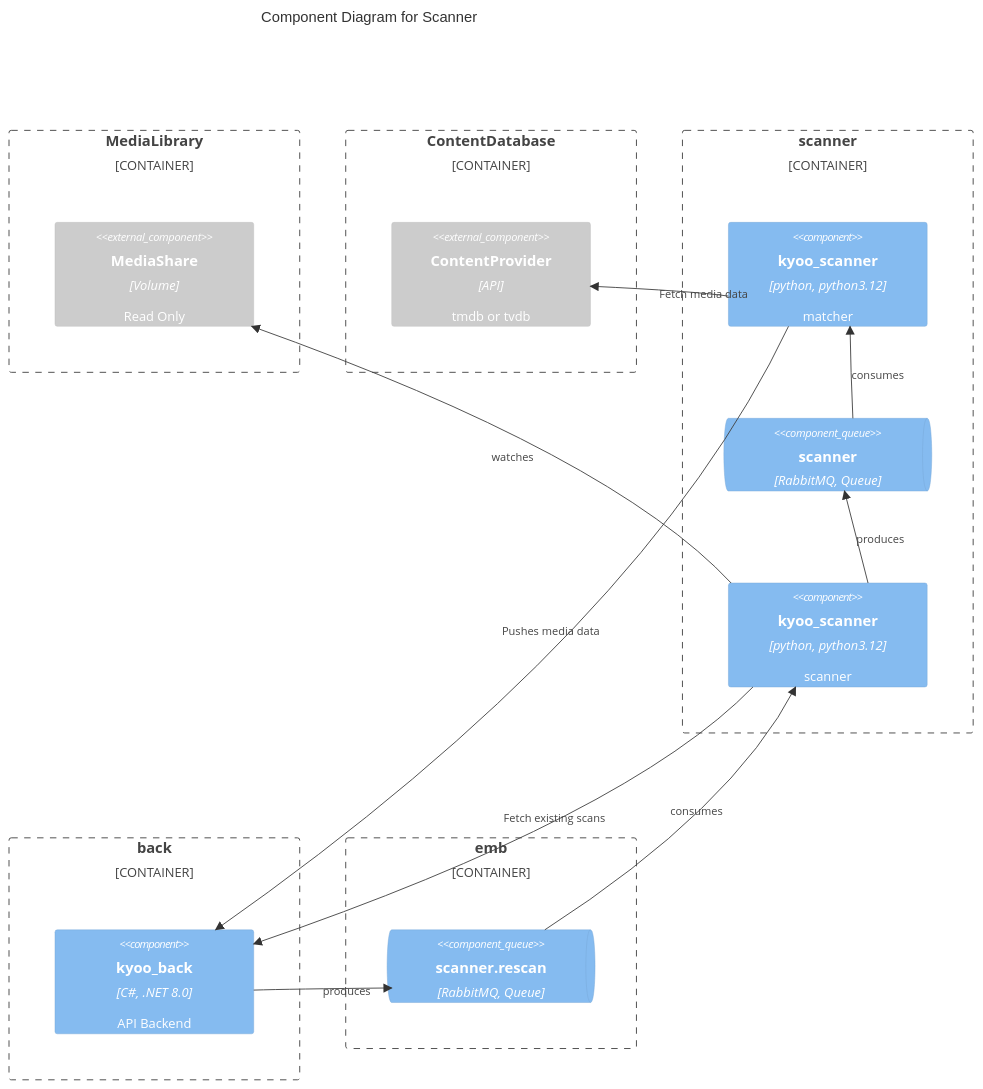
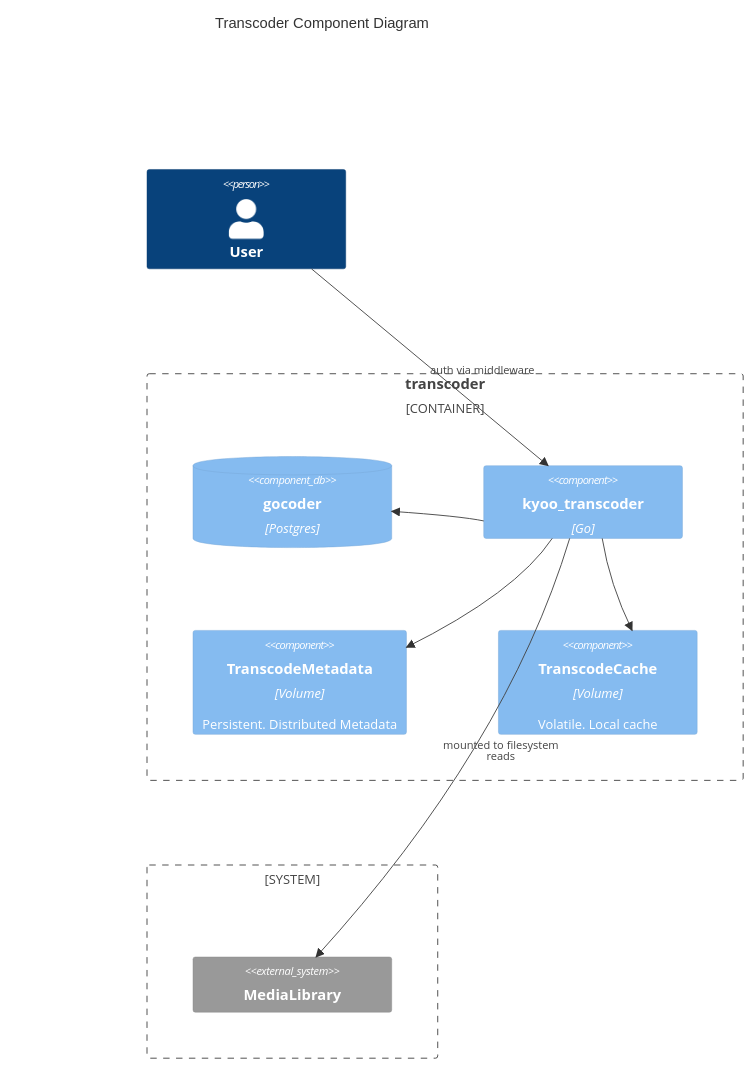
The seventh of 8 diagrams in DIAGRAMS.md (zoriya/Kyoo), drawn with Mermaid before and after one commit. The commit also changed other lines of this file, not shown here.

Commit message:
update diagrams for v5

````diff
--- a/DIAGRAMS.md
+++ b/DIAGRAMS.md
@@ -235,37 +192,25 @@
 ```mermaid
 C4Component
-  UpdateLayoutConfig($c4ShapeInRow="5", $c4BoundaryInRow="3")
+  UpdateLayoutConfig($c4ShapeInRow="2", $c4BoundaryInRow="1")
   
-  title Component Diagram for Scanner
+  title Transcoder Component Diagram
 
-  Container_Boundary(media, "MediaLibrary") {
-    Component_Ext(media_c1, "MediaShare", "Volume", "Read Only")
+  Person(user, "User")
+
+  Container_Boundary(transcoder, "transcoder") {
+    ComponentDb(transcoder_db1, "gocoder", "Postgres", "")
+    Component(transcoder_c1, "kyoo_transcoder", "Go", "")
+    Component(transcoder_c2, "TranscodeMetadata", "Volume", "Persistent. Distributed Metadata")
+    Component(transcoder_c3, "TranscodeCache", "Volume", "Volatile. Local cache")
   }
 
-  Container_Boundary(content, "ContentDatabase") {
-    Component_Ext(content_c1, "ContentProvider", "API", "tmdb or tvdb")
+  System_Boundary(external, "") {
+    System_Ext(media, "MediaLibrary", "")
   }
 
-  Container_Boundary(scanner, "scanner") {
-    Component(scanner_c2, "kyoo_scanner", "python, python3.12", "matcher")
-    ComponentQueue(scanner_q1, "scanner", "RabbitMQ, Queue", "")
-    Component(scanner_c1, "kyoo_scanner", "python, python3.12", "scanner")
-  }
-
-  Container_Boundary(backend, "back") {
-    Component(backend_c2, "kyoo_back", "C#, .NET 8.0", "API Backend")
-  }
-
-  Container_Boundary(emb, "emb") {
-    ComponentQueue(emb_q2, "scanner.rescan", "RabbitMQ, Queue", "")
-  }
-
-  Rel(scanner_c1, scanner_q1, "produces")
-  Rel(scanner_c1, media_c1, "watches")
-  Rel(scanner_c1, backend_c2, "Fetch existing scans")
-  Rel(scanner_c2, content_c1, "Fetch media data")
-  Rel(scanner_c2, backend_c2, "Pushes media data")
-  Rel_Back(scanner_c2, scanner_q1, "consumes")
-  Rel_Back(scanner_c1, emb_q2, "consumes")
-  Rel(backend_c2, emb_q2, "produces")
+  Rel(user, transcoder_c1, "auth via middleware")
+  Rel(transcoder_c1, media, "mounted to filesystem <br/> reads")
+  Rel(transcoder_c1, transcoder_db1, "")
+  Rel(transcoder_c1, transcoder_c2, "")
+  Rel(transcoder_c1, transcoder_c3, "")
 ```
````
